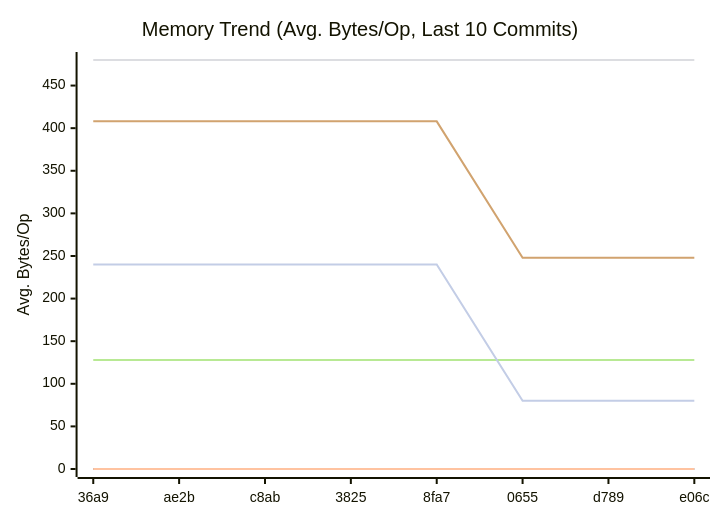
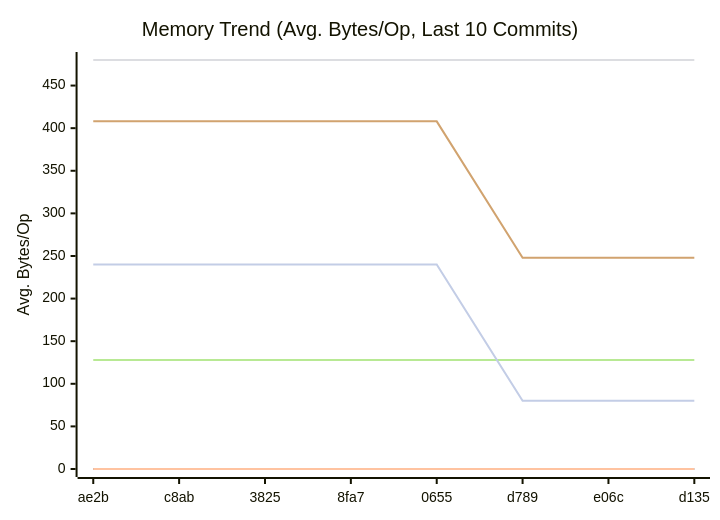
The second of 3 diagrams in docs/README.md (alsotoes/momo), drawn with Mermaid before and after one commit. The commit also changed other lines of this file and 1 other file, not shown here.

````diff
--- a/docs/README.md
+++ b/docs/README.md
@@ -318,14 +318,14 @@
 ```mermaid
 xychart-beta
     title "Memory Trend (Avg. Bytes/Op, Last 10 Commits)"
     x-axis "Commit"
     y-axis "Avg. Bytes/Op"
-    x-axis [36a9,ae2b,c8ab,3825,8fa7,0655,d789,e06c]
+    x-axis [ae2b,c8ab,3825,8fa7,0655,d789,e06c,d135]
     line "CheckMetricsAndSwap" [0,0,0,0,0,0,0,0,0,0]
     line "IndexDirectTracking" [0,0,0,0,0,0,0,0,0,0]
     line "IndexSearch" [0,0,0,0,0,0,0,0,0,0]
     line "LoadGlobalConfig" [480,480,480,480,480,480,480,480,480,480]
     line "PadString" [128,128,128,128,128,128,128,128,128,128]
     line "ParseReplicationOrder_NoPrealloc" [408,408,408,408,408,248,248,248,248,248]
     line "ParseReplicationOrder_Prealloc" [240,240,240,240,240,80,80,80,80,80]
 ```
````
